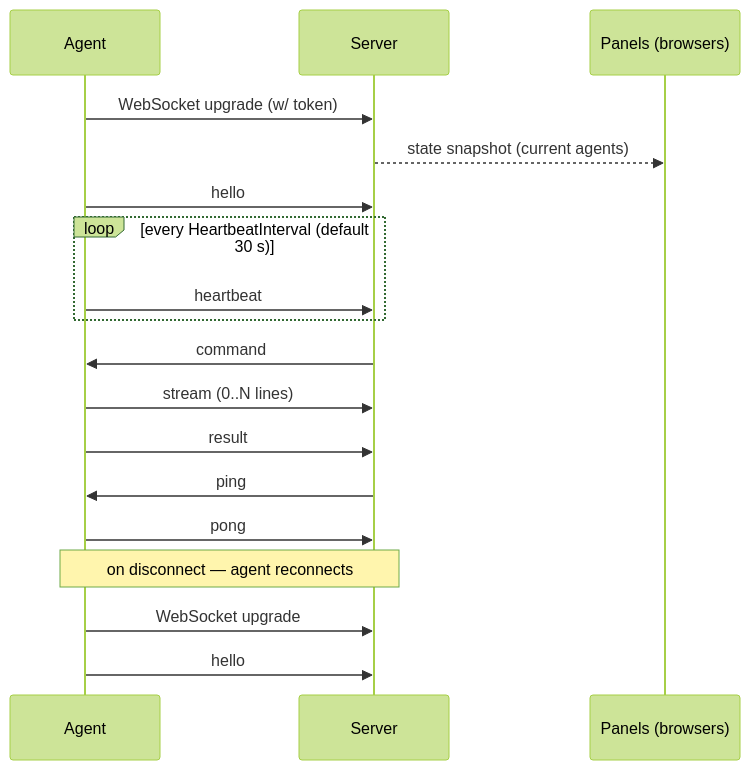
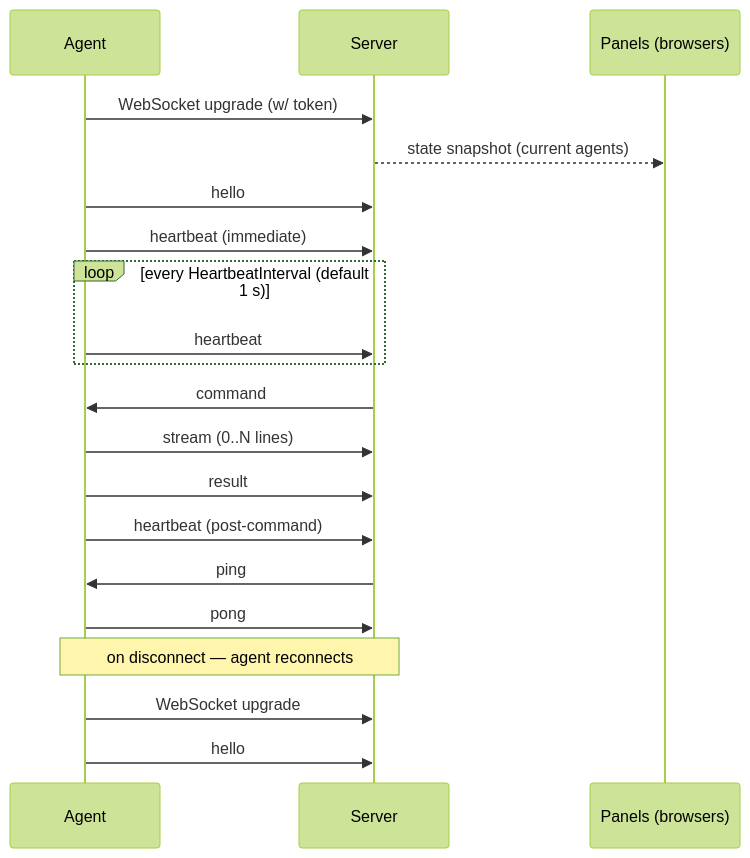
One commit to smitt14ua/zeus changed the second of 6 diagrams in docs/agent-protocol.md. Above: the diagram before and after it, drawn with Mermaid (forest theme). The commit also changed other lines of this file and 4 other files, not shown here.

First line of the commit message:
feat(agent): default heartbeat 1s, wait for PID on profile.start

````diff
--- a/docs/agent-protocol.md
+++ b/docs/agent-protocol.md
@@ -131,21 +131,23 @@
 ```mermaid
 sequenceDiagram
     participant A as Agent
     participant S as Server
     participant P as Panels (browsers)
 
     A->>S: WebSocket upgrade (w/ token)
     S-->>P: state snapshot (current agents)
     A->>S: hello
-    loop every HeartbeatInterval (default 30 s)
+    A->>S: heartbeat (immediate)
+    loop every HeartbeatInterval (default 1 s)
         A->>S: heartbeat
     end
     S->>A: command
     A->>S: stream (0..N lines)
     A->>S: result
+    A->>S: heartbeat (post-command)
     S->>A: ping
     A->>S: pong
     Note over A,S: on disconnect — agent reconnects
     A->>S: WebSocket upgrade
     A->>S: hello
 ```
````
